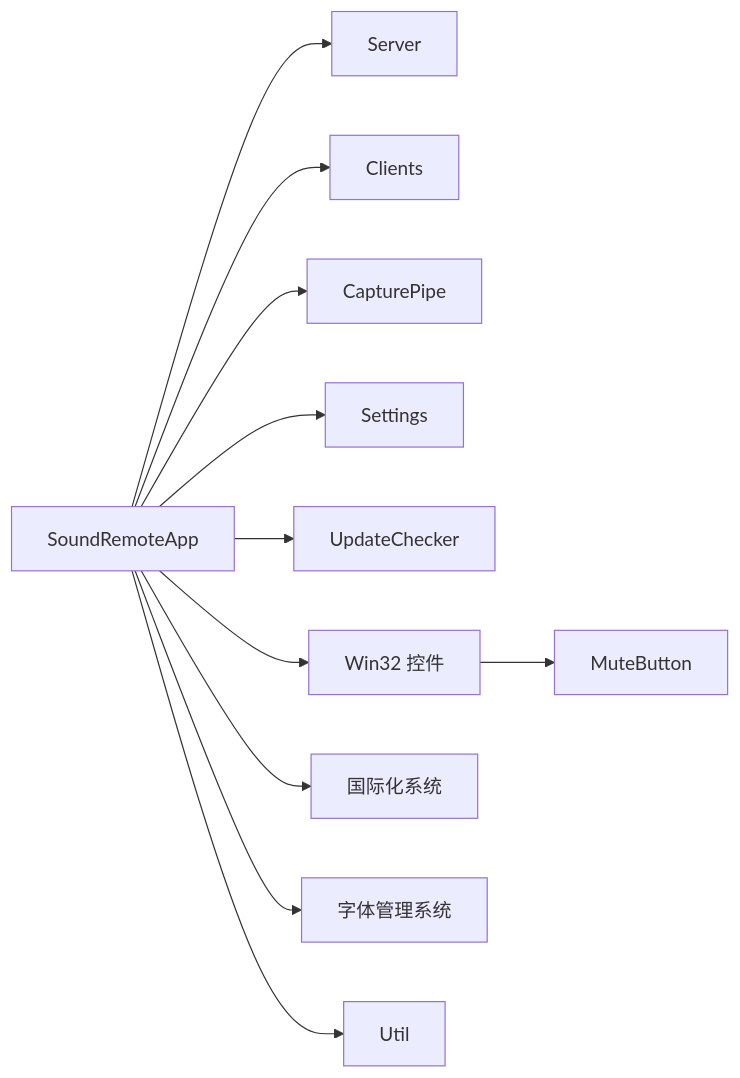
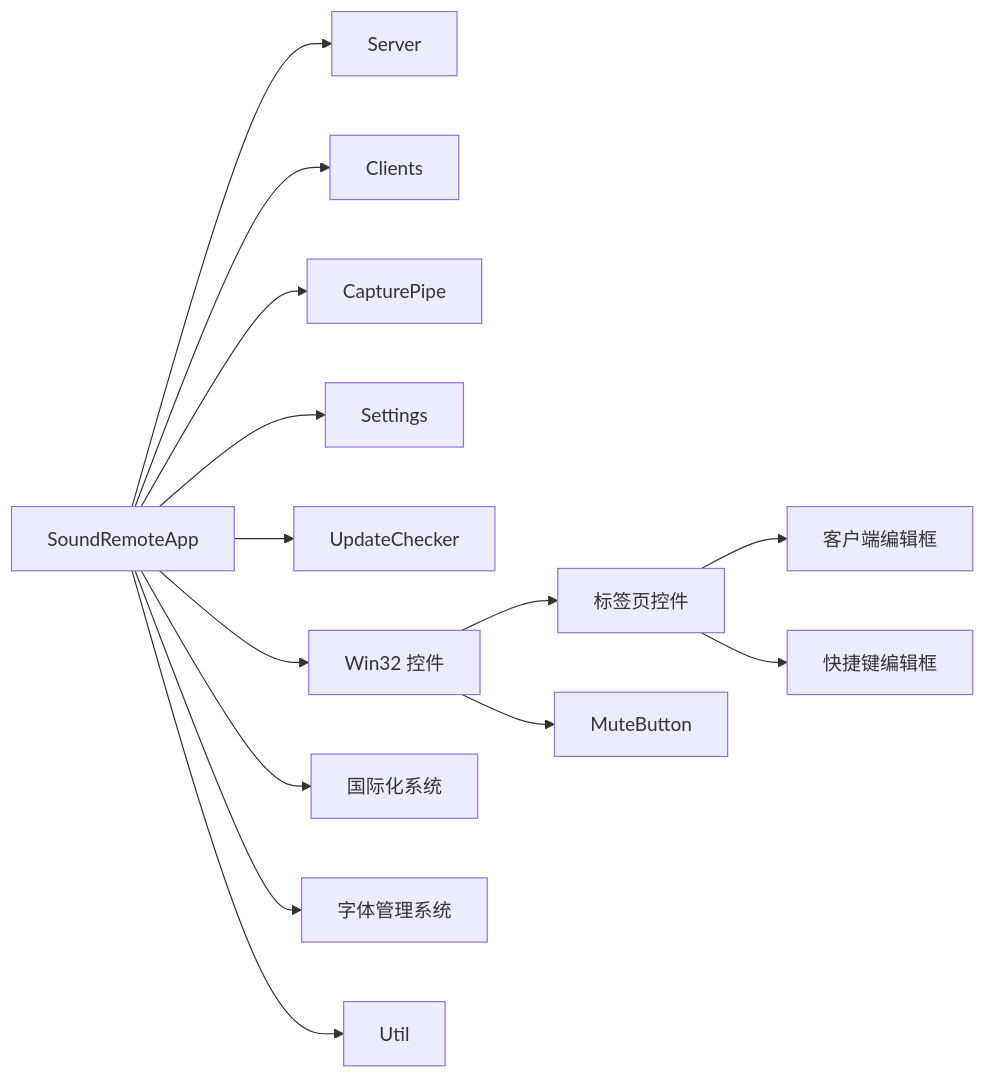
One commit to tea4go/SoundRemote-WinServer changed diagram 12 of 12 in .qoder/repowiki/zh/content/用户界面.md. Above: the diagram before and after it, drawn with Mermaid. The commit also changed other lines of this file and 10 other files, not shown here.

````diff
--- a/.qoder/repowiki/zh/content/用户界面.md
+++ b/.qoder/repowiki/zh/content/用户界面.md
@@ -473,13 +580,16 @@
 ```mermaid
 graph LR
 App["SoundRemoteApp"] --> Srv["Server"]
 App --> Cls["Clients"]
 App --> Pipe["CapturePipe"]
 App --> Set["Settings"]
 App --> Upd["UpdateChecker"]
 App --> UI["Win32 控件"]
 App --> I18N["国际化系统"]
 App --> FontMgr["字体管理系统"]
+UI --> TabCtrl["标签页控件"]
 UI --> Mute["MuteButton"]
 App --> Util["Util"]
+TabCtrl --> ClientEdit["客户端编辑框"]
+TabCtrl --> KeystrokeEdit["快捷键编辑框"]
 ```
````
